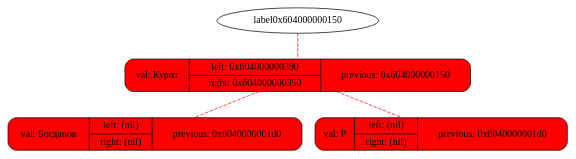
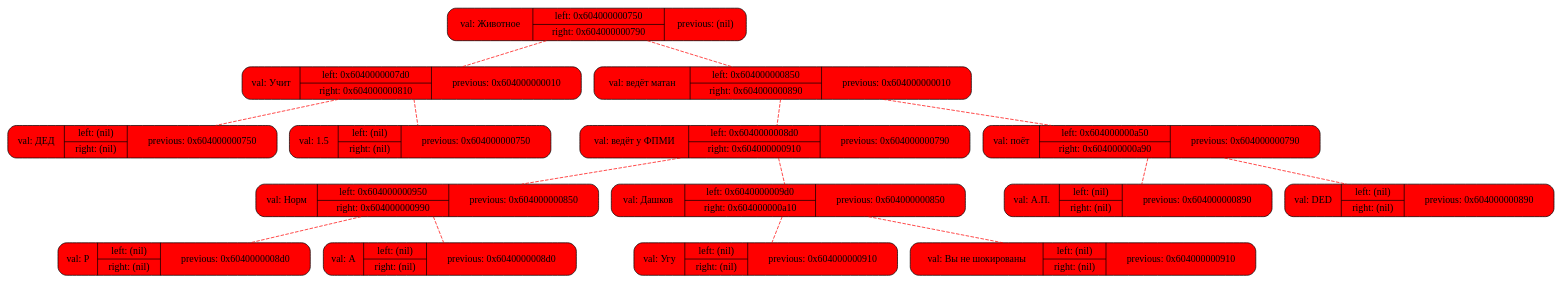
One commit to ThreadJava800/Akinator changed the diagram in temp.dot. Above: the diagram before and after it, drawn with Graphviz. The commit also changed 5 other files, not shown here.

```diff
--- a/temp.dot
+++ b/temp.dot
@@ -1,6 +1,18 @@
 digraph tree {
 	rankdir=HR;
-	label0x6040000001d0[shape=record, style="rounded, filled", fillcolor=red, label="{ {val: Курит | {left: 0x604000000390 | right: 0x604000000350} | previous: 0x604000000150 }}"];
-	label0x604000000150->label0x6040000001d0 [color="red", style="dashed",arrowhead="none"]	label0x604000000390[shape=record, style="rounded, filled", fillcolor=red, label="{ {val: Богданов | {left: (nil) | right: (nil)} | previous: 0x6040000001d0 }}"];
-	label0x6040000001d0->label0x604000000390 [color="red", style="dashed",arrowhead="none"]	label0x604000000350[shape=record, style="rounded, filled", fillcolor=red, label="{ {val: Р | {left: (nil) | right: (nil)} | previous: 0x6040000001d0 }}"];
-	label0x6040000001d0->label0x604000000350 [color="red", style="dashed",arrowhead="none"]}
+	label0x604000000010[shape=record, style="rounded, filled", fillcolor=red, label="{ {val: Животное | {left: 0x604000000750 | right: 0x604000000790} | previous: (nil) }}"];
+	label0x604000000750[shape=record, style="rounded, filled", fillcolor=red, label="{ {val: Учит | {left: 0x6040000007d0 | right: 0x604000000810} | previous: 0x604000000010 }}"];
+	label0x604000000010->label0x604000000750 [color="red", style="dashed",arrowhead="none"]	label0x6040000007d0[shape=record, style="rounded, filled", fillcolor=red, label="{ {val: ДЕД | {left: (nil) | right: (nil)} | previous: 0x604000000750 }}"];
+	label0x604000000750->label0x6040000007d0 [color="red", style="dashed",arrowhead="none"]	label0x604000000810[shape=record, style="rounded, filled", fillcolor=red, label="{ {val: 1.5 | {left: (nil) | right: (nil)} | previous: 0x604000000750 }}"];
+	label0x604000000750->label0x604000000810 [color="red", style="dashed",arrowhead="none"]	label0x604000000790[shape=record, style="rounded, filled", fillcolor=red, label="{ {val: ведёт матан | {left: 0x604000000850 | right: 0x604000000890} | previous: 0x604000000010 }}"];
+	label0x604000000010->label0x604000000790 [color="red", style="dashed",arrowhead="none"]	label0x604000000850[shape=record, style="rounded, filled", fillcolor=red, label="{ {val: ведёт у ФПМИ | {left: 0x6040000008d0 | right: 0x604000000910} | previous: 0x604000000790 }}"];
+	label0x604000000790->label0x604000000850 [color="red", style="dashed",arrowhead="none"]	label0x6040000008d0[shape=record, style="rounded, filled", fillcolor=red, label="{ {val: Норм | {left: 0x604000000950 | right: 0x604000000990} | previous: 0x604000000850 }}"];
+	label0x604000000850->label0x6040000008d0 [color="red", style="dashed",arrowhead="none"]	label0x604000000950[shape=record, style="rounded, filled", fillcolor=red, label="{ {val: Р | {left: (nil) | right: (nil)} | previous: 0x6040000008d0 }}"];
+	label0x6040000008d0->label0x604000000950 [color="red", style="dashed",arrowhead="none"]	label0x604000000990[shape=record, style="rounded, filled", fillcolor=red, label="{ {val: А | {left: (nil) | right: (nil)} | previous: 0x6040000008d0 }}"];
+	label0x6040000008d0->label0x604000000990 [color="red", style="dashed",arrowhead="none"]	label0x604000000910[shape=record, style="rounded, filled", fillcolor=red, label="{ {val: Дашков | {left: 0x6040000009d0 | right: 0x604000000a10} | previous: 0x604000000850 }}"];
+	label0x604000000850->label0x604000000910 [color="red", style="dashed",arrowhead="none"]	label0x6040000009d0[shape=record, style="rounded, filled", fillcolor=red, label="{ {val: Угу | {left: (nil) | right: (nil)} | previous: 0x604000000910 }}"];
+	label0x604000000910->label0x6040000009d0 [color="red", style="dashed",arrowhead="none"]	label0x604000000a10[shape=record, style="rounded, filled", fillcolor=red, label="{ {val: Вы не шокированы | {left: (nil) | right: (nil)} | previous: 0x604000000910 }}"];
+	label0x604000000910->label0x604000000a10 [color="red", style="dashed",arrowhead="none"]	label0x604000000890[shape=record, style="rounded, filled", fillcolor=red, label="{ {val: поёт | {left: 0x604000000a50 | right: 0x604000000a90} | previous: 0x604000000790 }}"];
+	label0x604000000790->label0x604000000890 [color="red", style="dashed",arrowhead="none"]	label0x604000000a50[shape=record, style="rounded, filled", fillcolor=red, label="{ {val: А.П. | {left: (nil) | right: (nil)} | previous: 0x604000000890 }}"];
+	label0x604000000890->label0x604000000a50 [color="red", style="dashed",arrowhead="none"]	label0x604000000a90[shape=record, style="rounded, filled", fillcolor=red, label="{ {val: DED | {left: (nil) | right: (nil)} | previous: 0x604000000890 }}"];
+	label0x604000000890->label0x604000000a90 [color="red", style="dashed",arrowhead="none"]}
```
